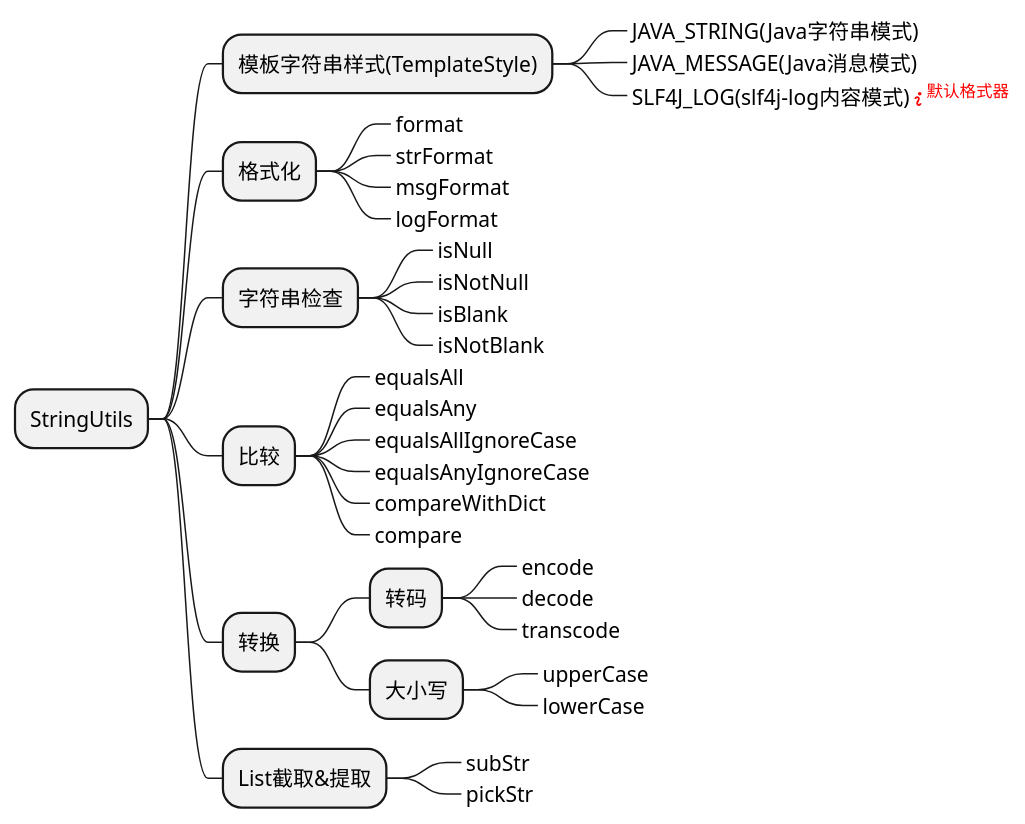
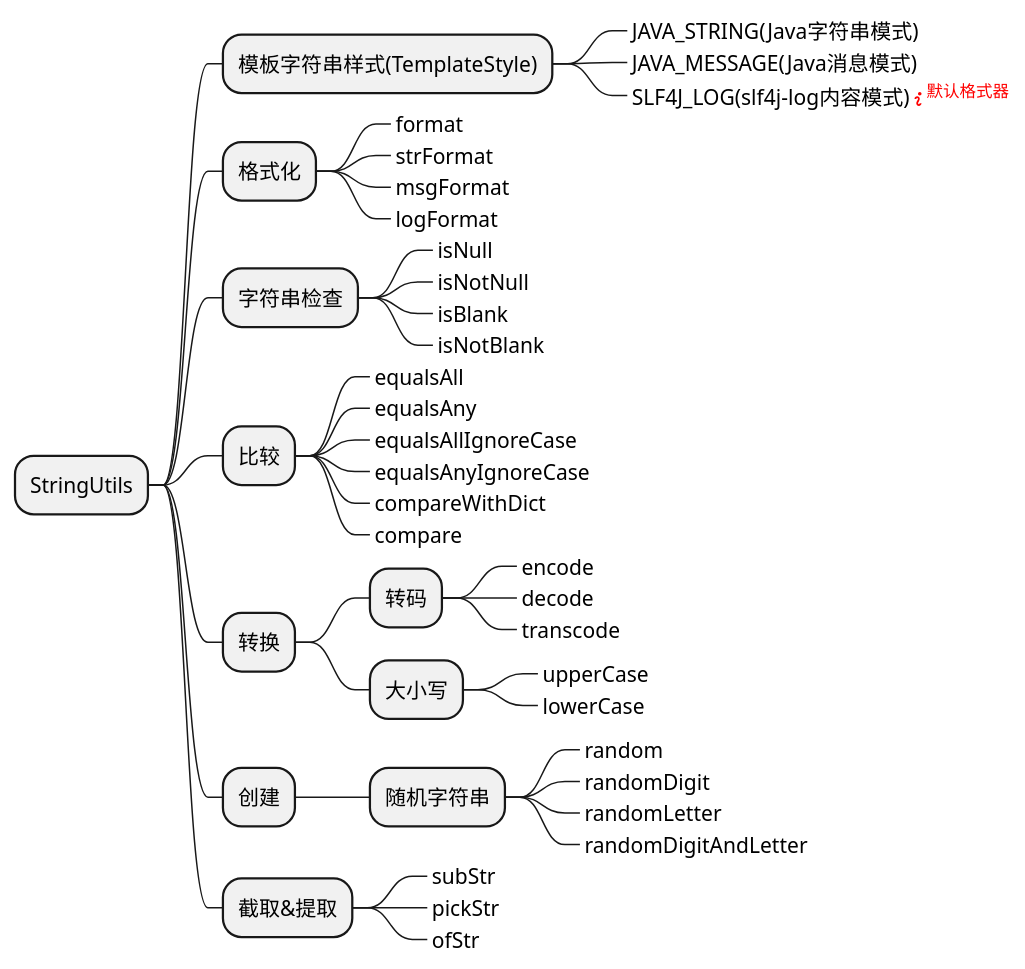
The diagram in beehive-core/src/main/resources/design-thought/util/StringUtils-function.puml (akudy/beehive-parent), drawn with PlantUML before and after one commit. The commit also changed 13 other files, not shown here.

```diff
--- a/beehive-core/src/main/resources/design-thought/util/StringUtils-function.puml
+++ b/beehive-core/src/main/resources/design-thought/util/StringUtils-function.puml
@@ -1,42 +1,50 @@
 @startmindmap
 * StringUtils
 
 ** 模板字符串样式(TemplateStyle)
 ***_ JAVA_STRING(Java字符串模式)
 ***_ JAVA_MESSAGE(Java消息模式)
 ***_ SLF4J_LOG(slf4j-log内容模式)<font color=red><&info><sup>默认格式器</sup></font>
 
 ** 格式化
 ***_ format
 ***_ strFormat
 ***_ msgFormat
 ***_ logFormat
 
 ** 字符串检查
 ***_ isNull
 ***_ isNotNull
 ***_ isBlank
 ***_ isNotBlank
 
 ** 比较
 ***_ equalsAll
 ***_ equalsAny
 ***_ equalsAllIgnoreCase
 ***_ equalsAnyIgnoreCase
 ***_ compareWithDict
 ***_ compare
 
 ** 转换
 *** 转码
 ****_ encode
 ****_ decode
 ****_ transcode
 *** 大小写
 ****_ upperCase
 ****_ lowerCase
 
-** List截取&提取
+** 创建
+*** 随机字符串
+****_ random
+****_ randomDigit
+****_ randomLetter
+****_ randomDigitAndLetter
+
+** 截取&提取
 ***_ subStr
 ***_ pickStr
+***_ ofStr
 
 @endmindmap
```
